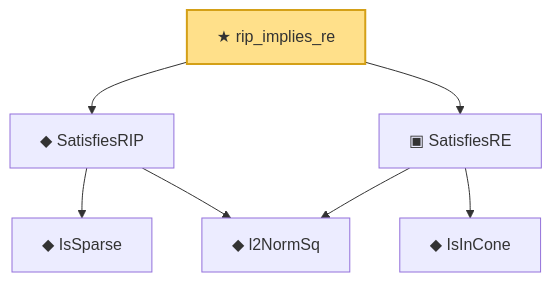
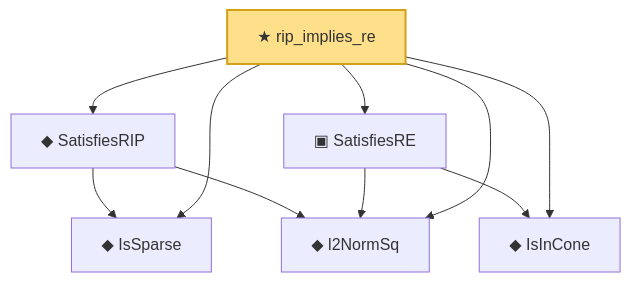
Before and after one commit to statopia/statlib-site: the diagram in public/narratives/HighDim/rip_implies_re.md, drawn with Mermaid. The commit also changed other lines of this file and 1165 other files, not shown here.

First line of the commit message:
feat: restructure to 6 pages + regenerate knowledge graph from main

````diff
--- a/public/narratives/HighDim/rip_implies_re.md
+++ b/public/narratives/HighDim/rip_implies_re.md
@@ -17,18 +17,21 @@
 ```mermaid
 flowchart TD
   n0["◆ IsSparse"]
   n1["◆ l2NormSq"]
   n2["◆ SatisfiesRIP"]
   n3["◆ IsInCone"]
   n4["▣ SatisfiesRE"]
   n5["★ rip_implies_re"]
   n2 --> n0
   n2 --> n1
   n4 --> n3
   n4 --> n1
   n5 --> n2
   n5 --> n4
+  n5 --> n3
+  n5 --> n1
+  n5 --> n0
   class n5 headline;
   classDef headline fill:#ffe08a,stroke:#d4a017,stroke-width:2px;
   classDef axiomNode fill:#ffd0d0,stroke:#c0392b,stroke-dasharray:4 2;
 ```
````
